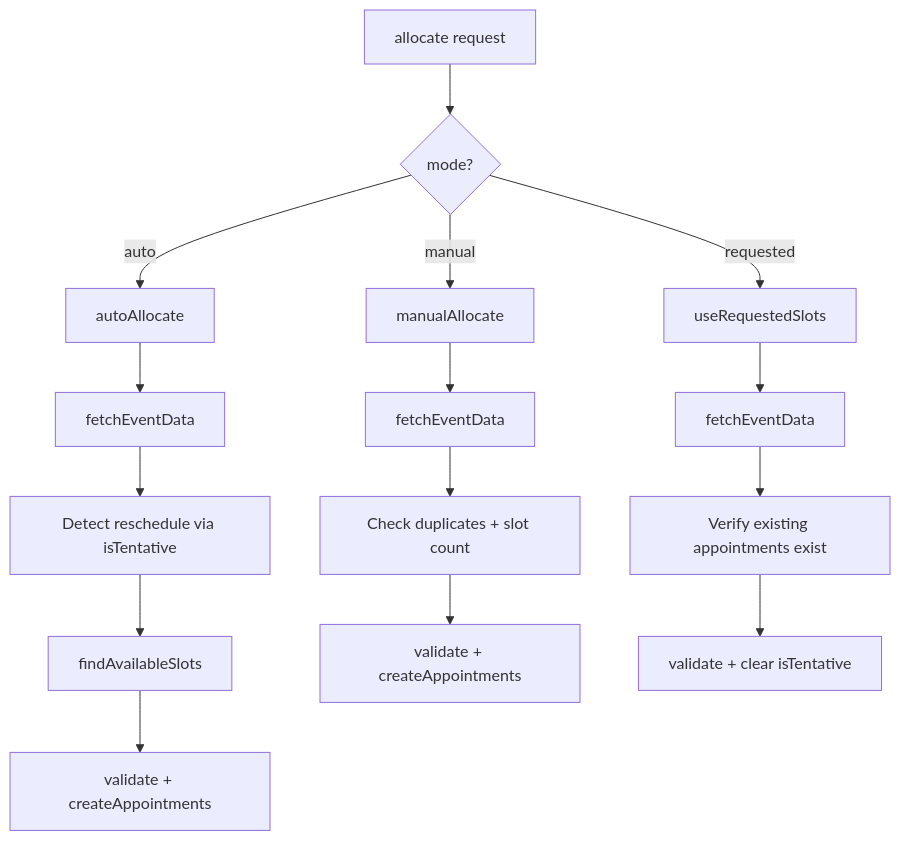
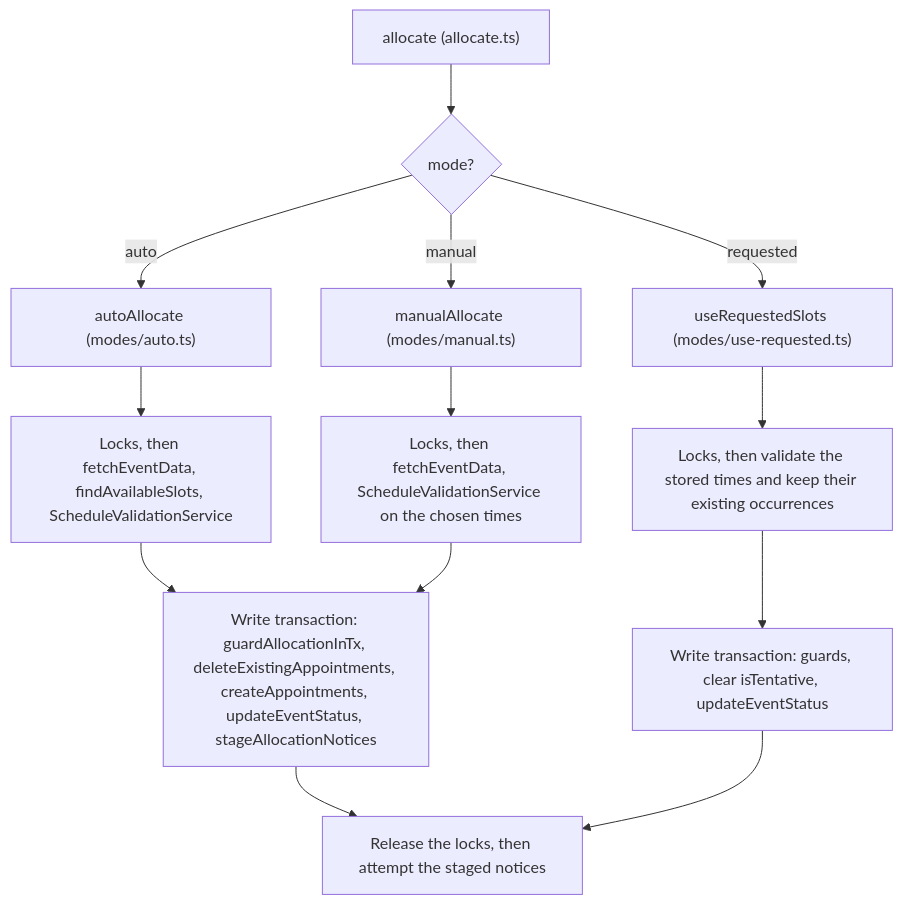
The second of 6 diagrams in docs/booking/01-architecture.md (Practitionist/familiarise_web), drawn with Mermaid before and after one commit. The commit also changed other lines of this file and 82 other files, not shown here.

````diff
--- a/docs/booking/01-architecture.md
+++ b/docs/booking/01-architecture.md
@@ -76,20 +88,18 @@
 ```mermaid
 flowchart TD
-    A[allocate request] --> B{mode?}
-    B -->|auto| C[autoAllocate]
-    B -->|manual| D[manualAllocate]
-    B -->|requested| E[useRequestedSlots]
+    A["allocate (allocate.ts)"] --> B{mode?}
+    B -->|auto| C["autoAllocate (modes/auto.ts)"]
+    B -->|manual| D["manualAllocate (modes/manual.ts)"]
+    B -->|requested| E["useRequestedSlots (modes/use-requested.ts)"]
 
-    C --> F[fetchEventData]
-    F --> G[Detect reschedule via isTentative]
-    G --> H[findAvailableSlots]
-    H --> I[validate + createAppointments]
+    C --> C1["Locks, then fetchEventData, findAvailableSlots, ScheduleValidationService"]
+    D --> D1["Locks, then fetchEventData, ScheduleValidationService on the chosen times"]
+    E --> E1["Locks, then validate the stored times and keep their existing occurrences"]
 
-    D --> J[fetchEventData]
-    J --> K[Check duplicates + slot count]
-    K --> L[validate + createAppointments]
+    C1 --> T["Write transaction: guardAllocationInTx, deleteExistingAppointments, createAppointments, updateEventStatus, stageAllocationNotices"]
+    D1 --> T
+    E1 --> T2["Write transaction: guards, clear isTentative, updateEventStatus"]
 
-    E --> M[fetchEventData]
-    M --> N[Verify existing appointments exist]
-    N --> O[validate + clear isTentative]
+    T --> U["Release the locks, then attempt the staged notices"]
+    T2 --> U
 ```
````
